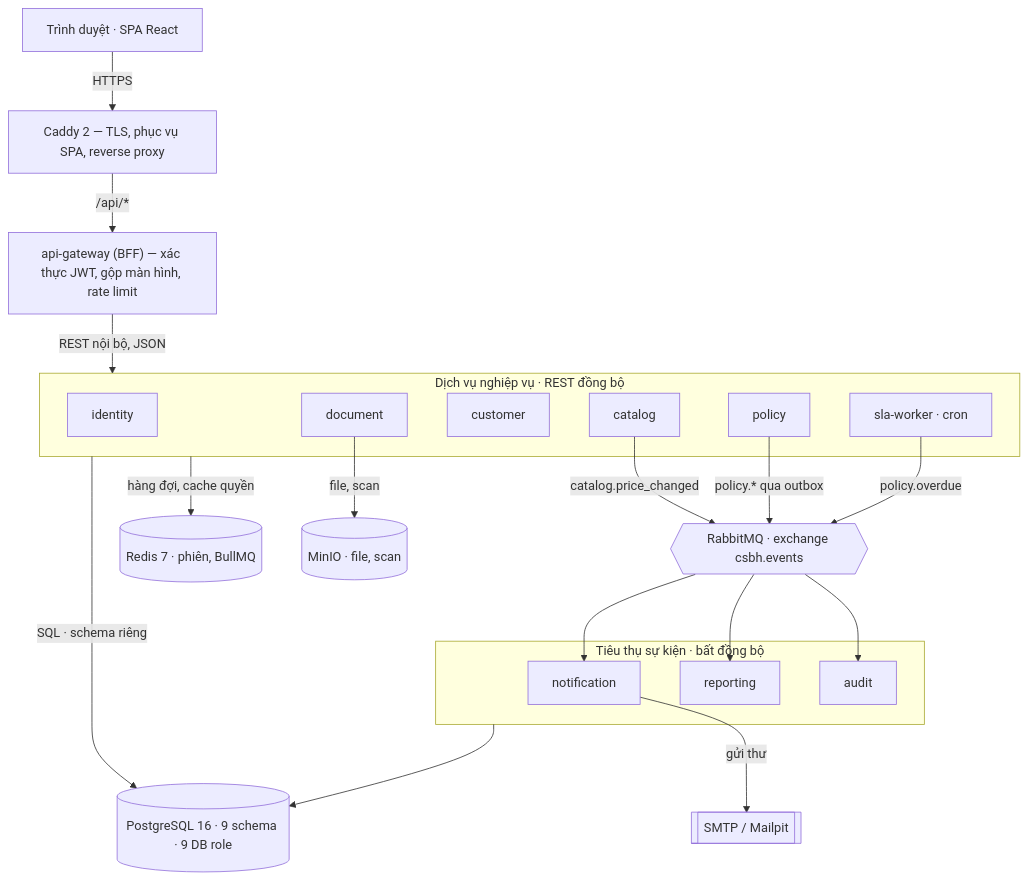
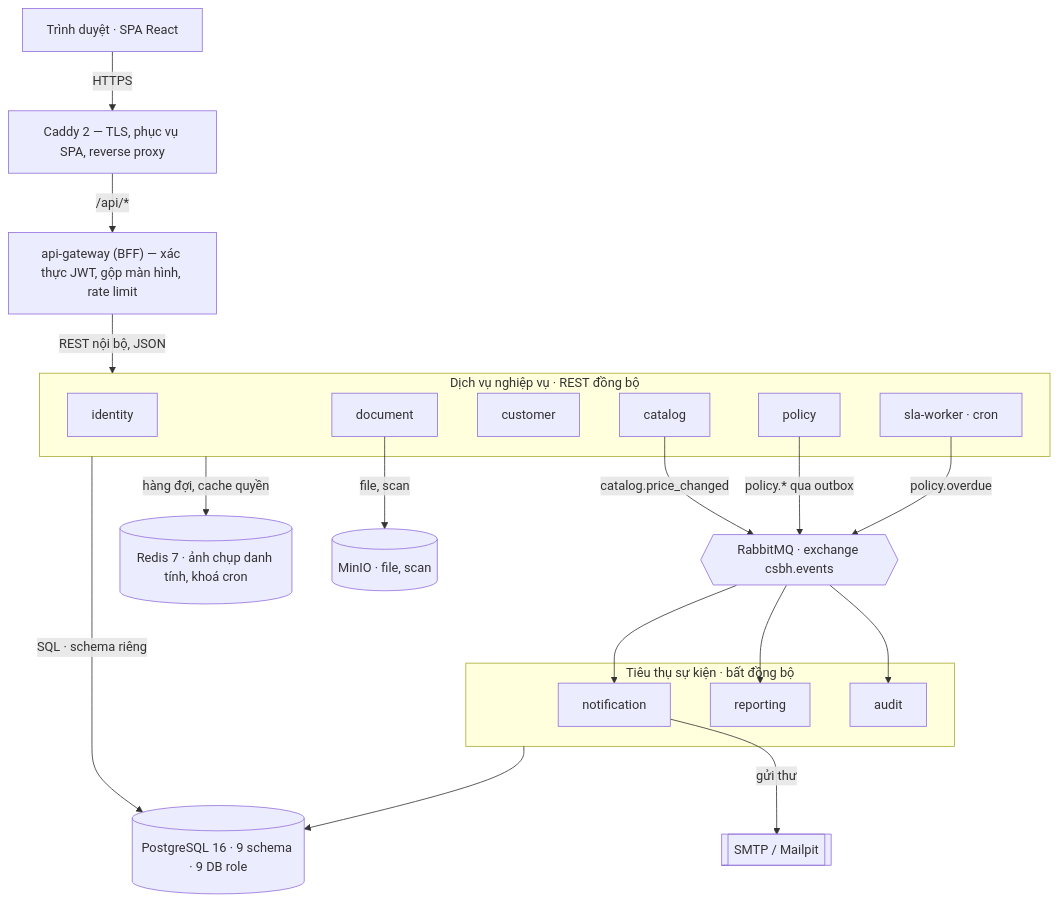
The first of 5 diagrams in agents/KIEN-TRUC-CSBH.md (hieuhv94/sale-policy-tools), drawn with Mermaid before and after one commit. The commit also changed other lines of this file and 7 other files, not shown here.

````diff
--- a/agents/KIEN-TRUC-CSBH.md
+++ b/agents/KIEN-TRUC-CSBH.md
@@ -84,38 +84,38 @@
 ```mermaid
 flowchart TB
   SPA["Trình duyệt · SPA React"]
   CADDY["Caddy 2 — TLS, phục vụ SPA, reverse proxy"]
   GW["api-gateway (BFF) — xác thực JWT, gộp màn hình, rate limit"]
   subgraph SVC["Dịch vụ nghiệp vụ · REST đồng bộ"]
     ID[identity]
     CAT[catalog]
     CUS[customer]
     POL[policy]
     DOC[document]
     SLA["sla-worker · cron"]
   end
   BUS{{"RabbitMQ · exchange csbh.events"}}
   subgraph CONS["Tiêu thụ sự kiện · bất đồng bộ"]
     NTF[notification]
     RPT[reporting]
     AUD[audit]
   end
   PG[("PostgreSQL 16 · 9 schema · 9 DB role")]
-  RD[("Redis 7 · phiên, BullMQ")]
+  RD[("Redis 7 · ảnh chụp danh tính, khoá cron")]
   MIN[("MinIO · file, scan")]
   SMTP[["SMTP / Mailpit"]]
   SPA -->|HTTPS| CADDY
   CADDY -->|"/api/*"| GW
   GW -->|"REST nội bộ, JSON"| SVC
   CAT -->|catalog.price_changed| BUS
   POL -->|"policy.* qua outbox"| BUS
   SLA -->|policy.overdue| BUS
   BUS --> NTF
   BUS --> RPT
   BUS --> AUD
   SVC -->|"SQL · schema riêng"| PG
   CONS --> PG
   DOC -->|"file, scan"| MIN
   SVC -->|"hàng đợi, cache quyền"| RD
   NTF -->|gửi thư| SMTP
 ```
````
